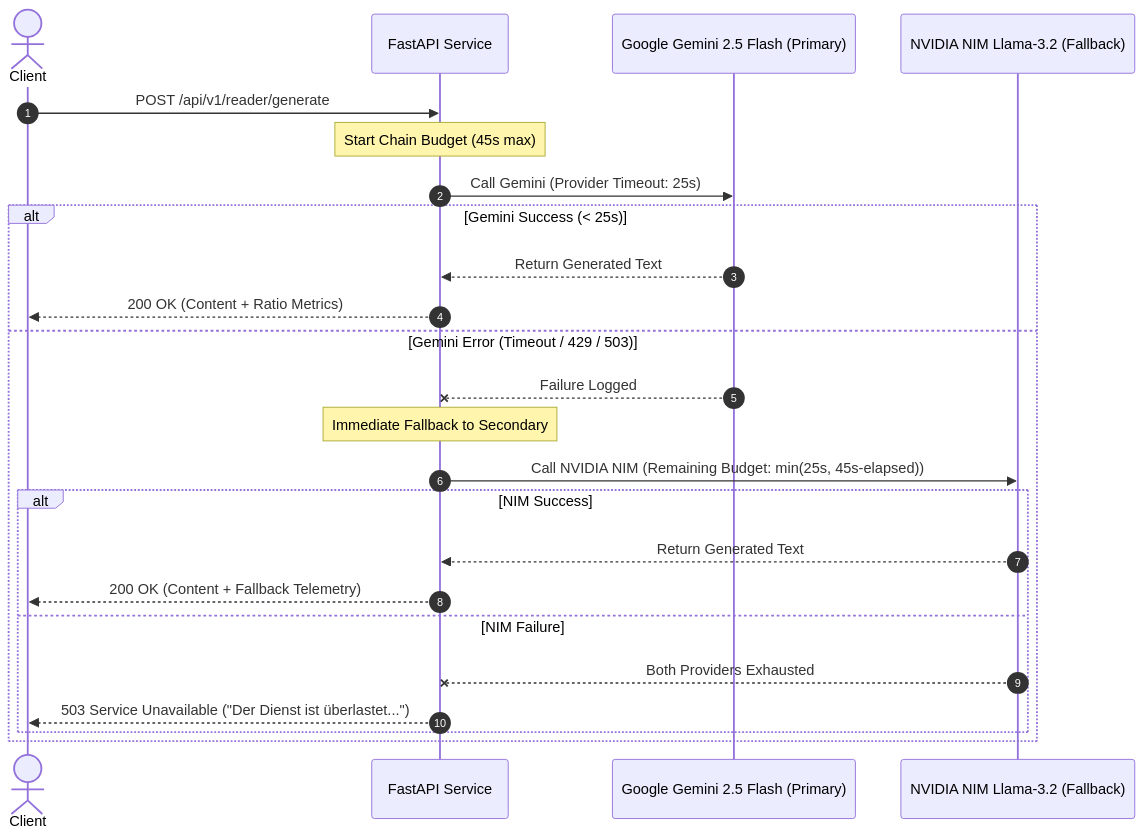
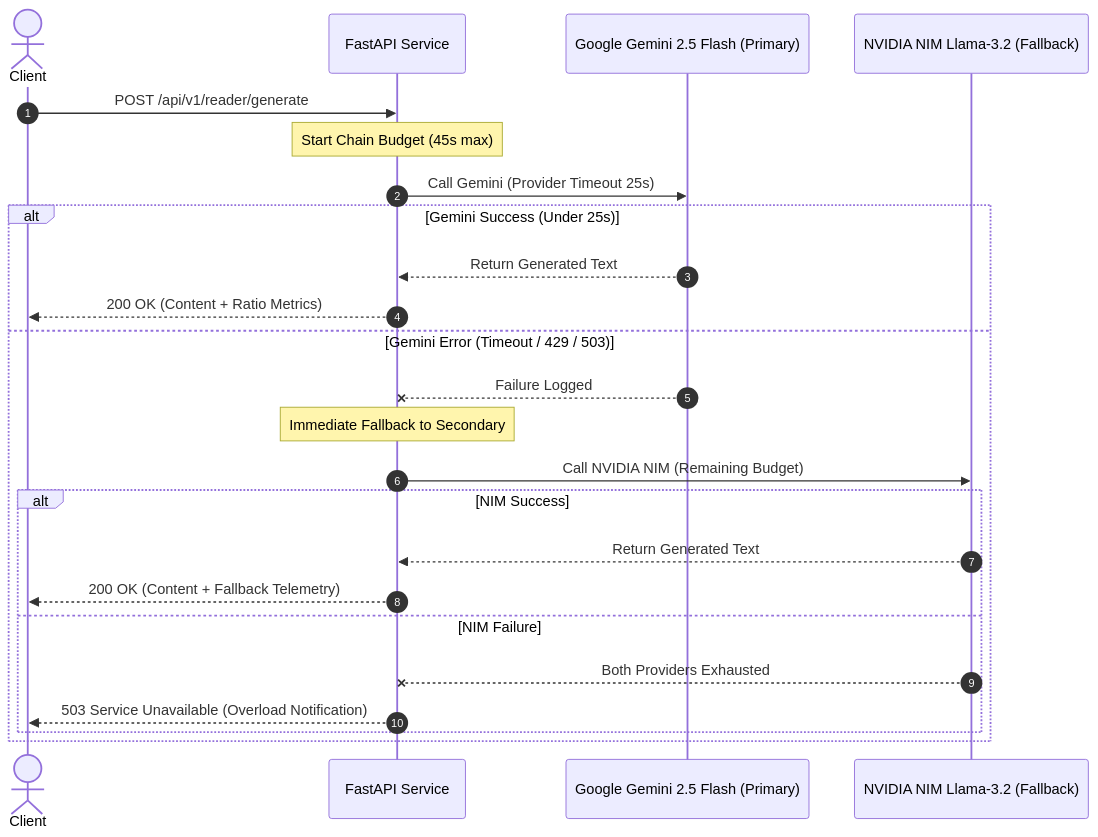
One commit to vyscnktn/drain changed the diagram in docs/architecture/adr/ADR-002-multi-llm-resilient-gateway.md. Above: the diagram before and after it, drawn with Mermaid. The commit also changed 4 other files, not shown here.

Commit message:
fix(docs): resolve Mermaid syntax and quotation formatting for GitHub renderer

````diff
--- a/docs/architecture/adr/ADR-002-multi-llm-resilient-gateway.md
+++ b/docs/architecture/adr/ADR-002-multi-llm-resilient-gateway.md
@@ -16,28 +16,28 @@
 ```mermaid
 sequenceDiagram
     autonumber
     actor Client
     participant App as FastAPI Service
     participant Gemini as Google Gemini 2.5 Flash (Primary)
     participant NIM as NVIDIA NIM Llama-3.2 (Fallback)
     
     Client->>App: POST /api/v1/reader/generate
     Note over App: Start Chain Budget (45s max)
     
-    App->>Gemini: Call Gemini (Provider Timeout: 25s)
-    alt Gemini Success (< 25s)
+    App->>Gemini: Call Gemini (Provider Timeout 25s)
+    alt Gemini Success (Under 25s)
         Gemini-->>App: Return Generated Text
         App-->>Client: 200 OK (Content + Ratio Metrics)
     else Gemini Error (Timeout / 429 / 503)
         Gemini--xApp: Failure Logged
         Note over App: Immediate Fallback to Secondary
-        App->>NIM: Call NVIDIA NIM (Remaining Budget: min(25s, 45s-elapsed))
+        App->>NIM: Call NVIDIA NIM (Remaining Budget)
         alt NIM Success
             NIM-->>App: Return Generated Text
             App-->>Client: 200 OK (Content + Fallback Telemetry)
         else NIM Failure
             NIM--xApp: Both Providers Exhausted
-            App-->>Client: 503 Service Unavailable ("Der Dienst ist überlastet...")
+            App-->>Client: 503 Service Unavailable (Overload Notification)
         end
     end
 ```
````
